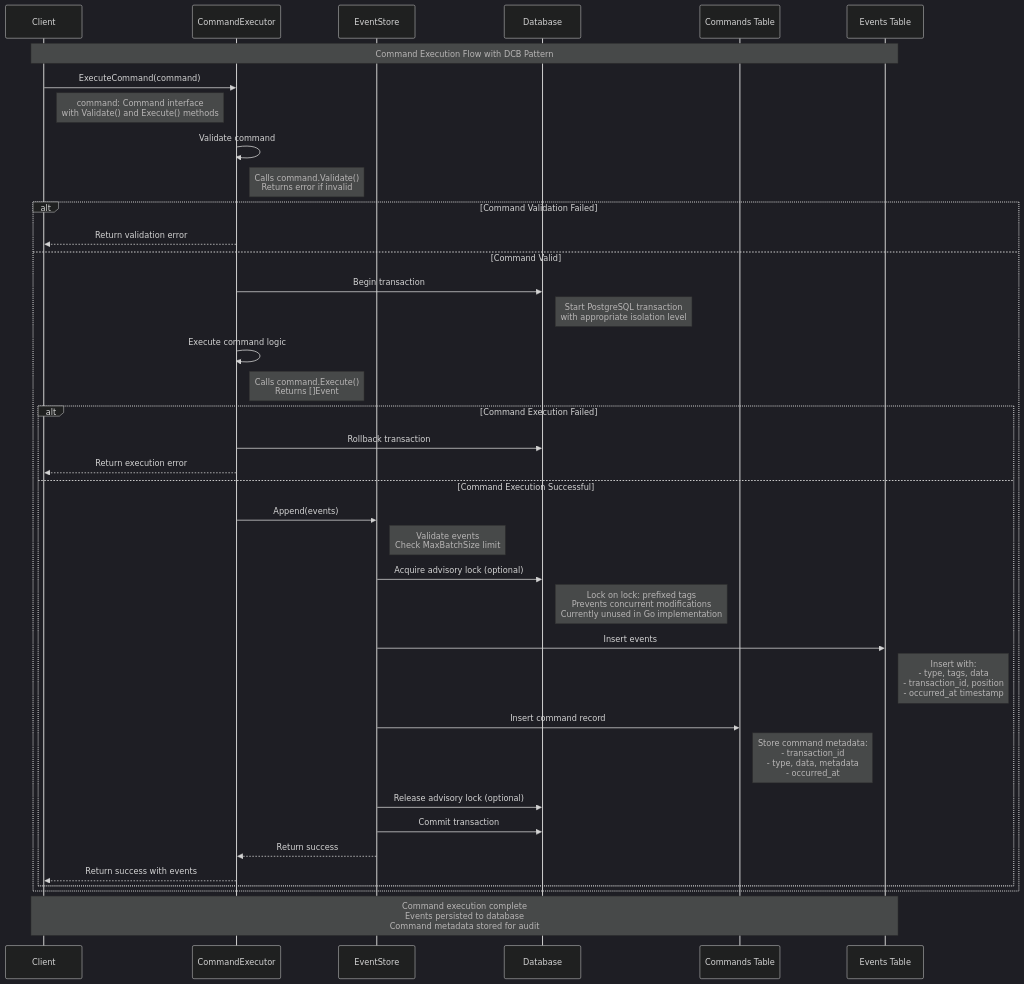
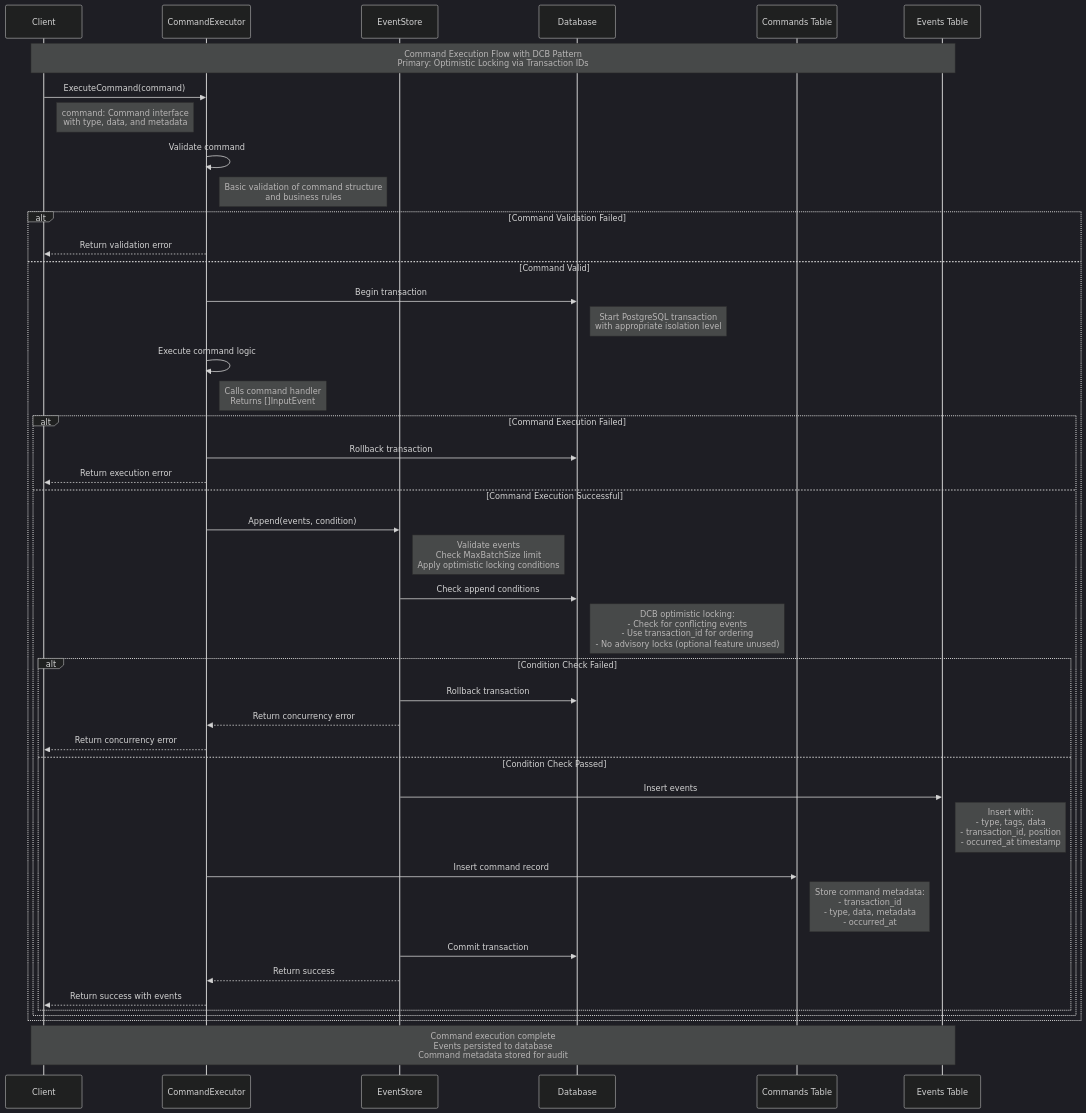
The diagram in docs/command-execution-flow.md (rodolfodpk/go-crablet), drawn with Mermaid (dark theme) before and after one commit. The commit also changed other lines of this file and 6 other files, not shown here.

Commit message:
docs: clarify DCB concurrency control vs classic optimistic locking, mark advisory locks as experimental, and centralize transaction ID reference in README

````diff
--- a/docs/command-execution-flow.md
+++ b/docs/command-execution-flow.md
@@ -7,52 +7,57 @@
 ```mermaid
 sequenceDiagram
     participant Client
     participant CommandExecutor
     participant EventStore
     participant Database
     participant Commands Table
     participant Events Table
 
-    Note over Client, Events Table: Command Execution Flow with DCB Pattern
+    Note over Client, Events Table: Command Execution Flow with DCB Pattern<br/>Primary: Optimistic Locking via Transaction IDs
 
     Client->>CommandExecutor: ExecuteCommand(command)
-    Note right of Client: command: Command interface<br/>with Validate() and Execute() methods
+    Note right of Client: command: Command interface<br/>with type, data, and metadata
 
     CommandExecutor->>CommandExecutor: Validate command
-    Note right of CommandExecutor: Calls command.Validate()<br/>Returns error if invalid
+    Note right of CommandExecutor: Basic validation of command structure<br/>and business rules
 
     alt Command Validation Failed
         CommandExecutor-->>Client: Return validation error
     else Command Valid
         CommandExecutor->>Database: Begin transaction
         Note right of Database: Start PostgreSQL transaction<br/>with appropriate isolation level
 
         CommandExecutor->>CommandExecutor: Execute command logic
-        Note right of CommandExecutor: Calls command.Execute()<br/>Returns []Event
+        Note right of CommandExecutor: Calls command handler<br/>Returns []InputEvent
 
         alt Command Execution Failed
             CommandExecutor->>Database: Rollback transaction
             CommandExecutor-->>Client: Return execution error
         else Command Execution Successful
-            CommandExecutor->>EventStore: Append(events)
-            Note right of EventStore: Validate events<br/>Check MaxBatchSize limit
+            CommandExecutor->>EventStore: Append(events, condition)
+            Note right of EventStore: Validate events<br/>Check MaxBatchSize limit<br/>Apply optimistic locking conditions
 
-            EventStore->>Database: Acquire advisory lock (optional)
-            Note right of Database: Lock on lock: prefixed tags<br/>Prevents concurrent modifications<br/>Currently unused in Go implementation
+            EventStore->>Database: Check append conditions
+            Note right of Database: DCB optimistic locking:<br/>- Check for conflicting events<br/>- Use transaction_id for ordering<br/>- No advisory locks (optional feature unused)
 
-            EventStore->>Events Table: Insert events
-            Note right of Events Table: Insert with:<br/>- type, tags, data<br/>- transaction_id, position<br/>- occurred_at timestamp
+            alt Condition Check Failed
+                EventStore->>Database: Rollback transaction
+                EventStore-->>CommandExecutor: Return concurrency error
+                CommandExecutor-->>Client: Return concurrency error
+            else Condition Check Passed
+                EventStore->>Events Table: Insert events
+                Note right of Events Table: Insert with:<br/>- type, tags, data<br/>- transaction_id, position<br/>- occurred_at timestamp
 
-            EventStore->>Commands Table: Insert command record
-            Note right of Commands Table: Store command metadata:<br/>- transaction_id<br/>- type, data, metadata<br/>- occurred_at
+                CommandExecutor->>Commands Table: Insert command record
+                Note right of Commands Table: Store command metadata:<br/>- transaction_id<br/>- type, data, metadata<br/>- occurred_at
 
-            EventStore->>Database: Release advisory lock (optional)
-            EventStore->>Database: Commit transaction
-            EventStore-->>CommandExecutor: Return success
+                EventStore->>Database: Commit transaction
+                EventStore-->>CommandExecutor: Return success
 
-            CommandExecutor-->>Client: Return success with events
+                CommandExecutor-->>Client: Return success with events
+            end
         end
     end
 
     Note over Client, Events Table: Command execution complete<br/>Events persisted to database<br/>Command metadata stored for audit
 ```
````
